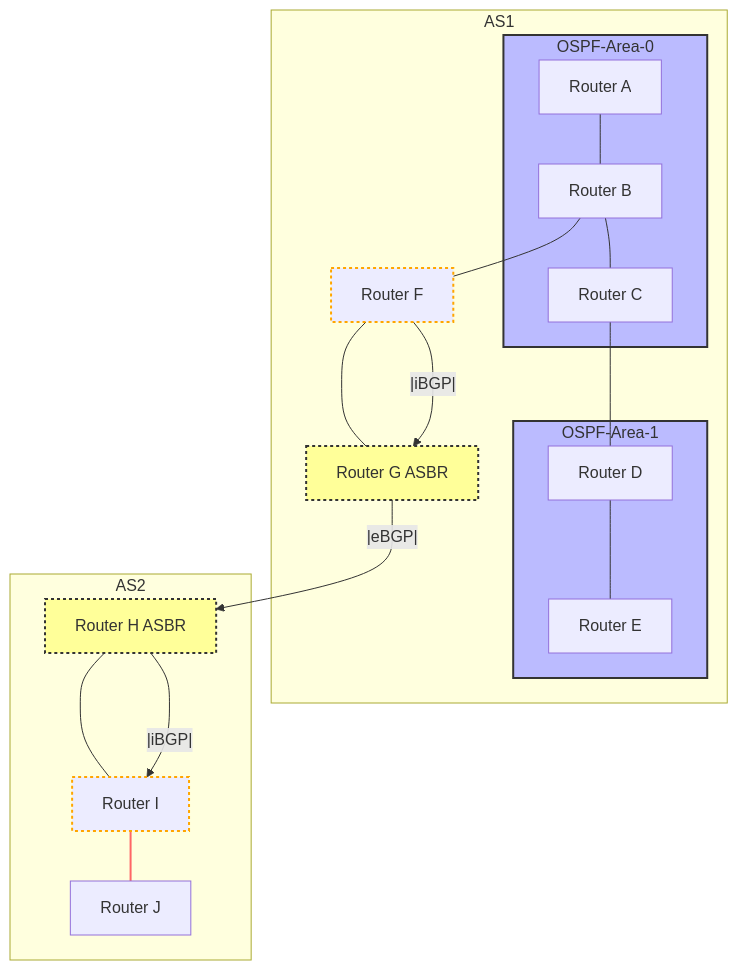
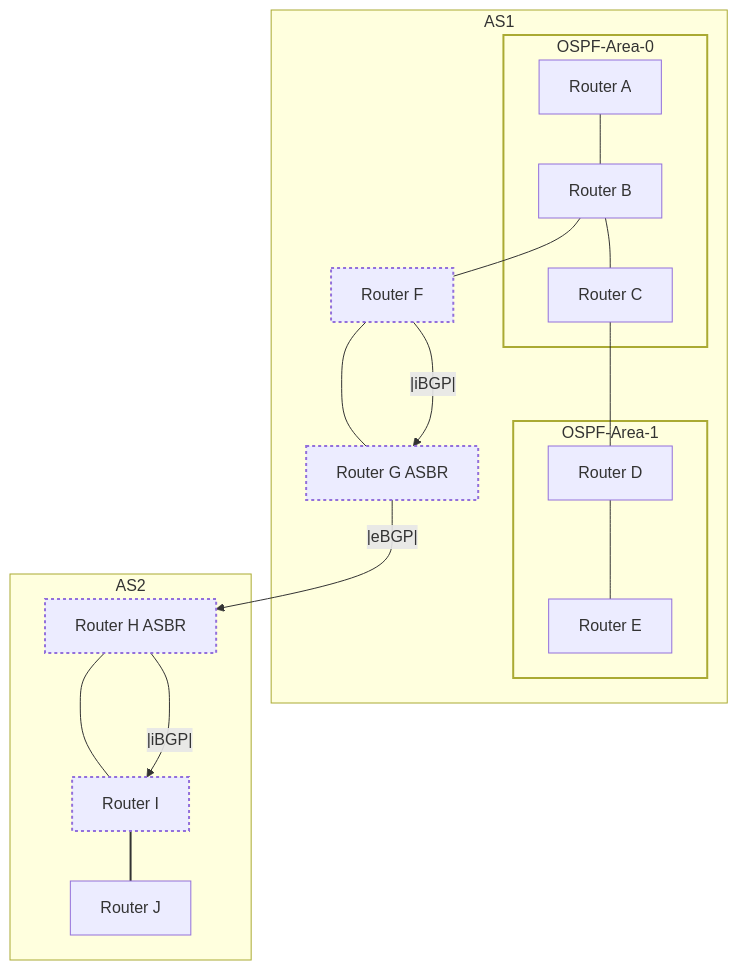
One commit to YamazakiNorihito/jekyll-serif-theme changed the diagram in src/_learning/net-spe-AS-BGP-OSPF.md. Above: the diagram before and after it, drawn with Mermaid. The commit also changed other lines of this file and 70 other files, not shown here.

````diff
--- a/src/_learning/net-spe-AS-BGP-OSPF.md
+++ b/src/_learning/net-spe-AS-BGP-OSPF.md
@@ -41,32 +41,32 @@
 ```mermaid
 graph TD
     subgraph AS1 ["AS1"]
         subgraph "OSPF-Area-0"
             A[Router A] --- B[Router B]
             B --- C[Router C]
         end
         subgraph "OSPF-Area-1"
             C --- D[Router D]
             D --- E[Router E]
         end
         B --- F[Router F]
         F --- G[Router G ASBR]
     end
     subgraph AS2 ["AS2"]
         H[Router H ASBR] --- I[Router I]
         I --- J[Router J]
     end
     G -- "|eBGP|" --> H
     F -- "|iBGP|" --> G
     H -- "|iBGP|" --> I
 
-    classDef ospfArea fill:#bbf,stroke:#333,stroke-width:2px;
-    classDef ibgp stroke:#ffa500,stroke-width:2px,stroke-dasharray: 3, 3;
-    classDef ebgp stroke:#f66,stroke-width:2px;
-    classDef asbr fill:#ff9,stroke:#333,stroke-width:2px;
+    classDef ospfArea fill:##bbf,stroke:##333,stroke-width:2px;
+    classDef ibgp stroke:##ffa500,stroke-width:2px,stroke-dasharray: 3, 3;
+    classDef ebgp stroke:##f66,stroke-width:2px;
+    classDef asbr fill:##ff9,stroke:##333,stroke-width:2px;
 
     class OSPF-Area-0,OSPF-Area-1 ospfArea;
     class F,G,H,I ibgp;
-    linkStyle 7 stroke:#f66,stroke-width:2px;
+    linkStyle 7 stroke:##f66,stroke-width:2px;
     class G,H asbr;
 ```
````
